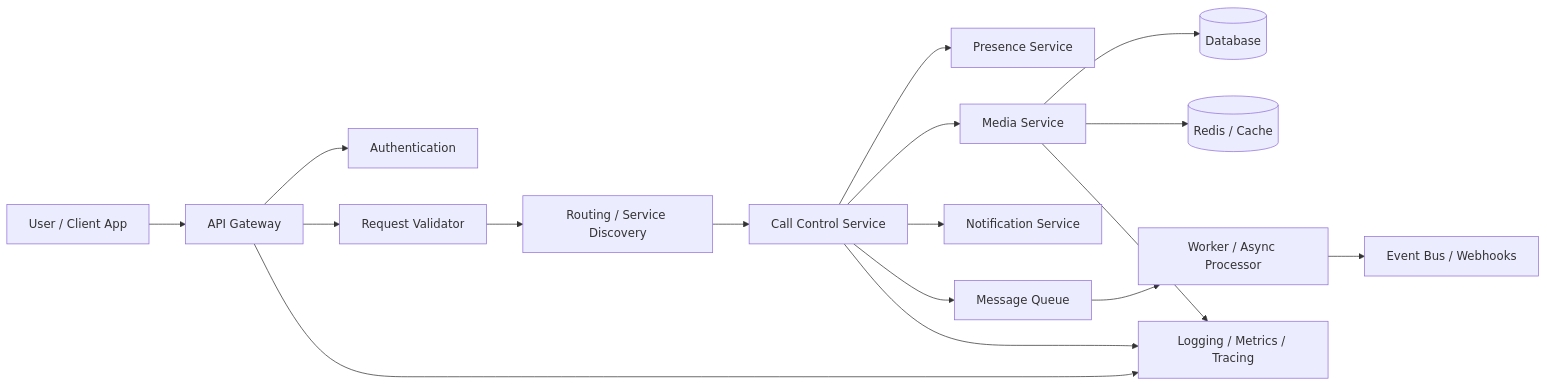
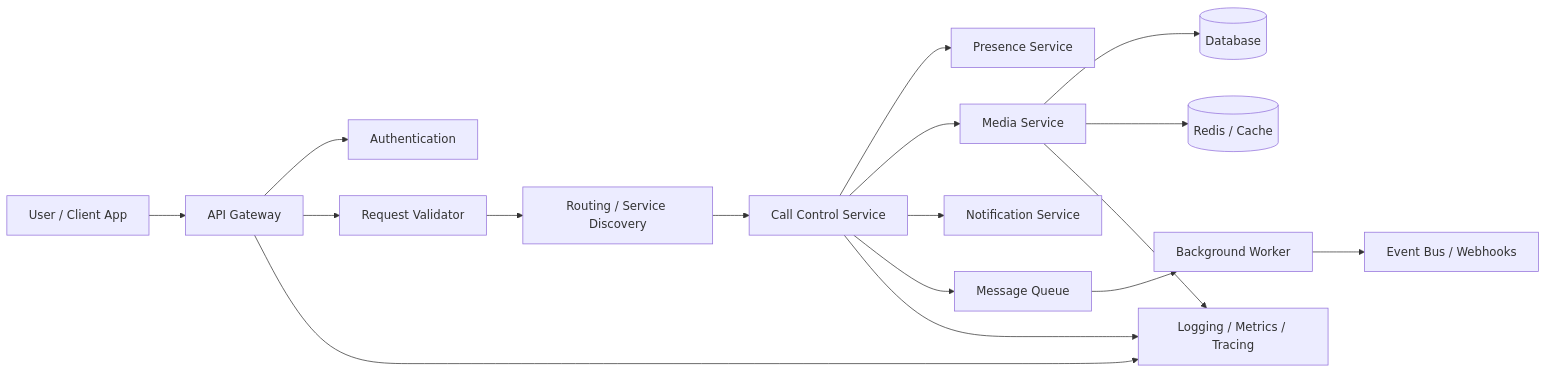
The first of 2 diagrams in architecture.md (aadiops/virtual-calling-architecture-demo), drawn with Mermaid before and after one commit. The commit also changed other lines of this file and 5 other files, not shown here.

Commit message:
Add a fuller virtual-calling architecture project with docs, deployment view, and runnable demo code.

````diff
--- a/architecture.md
+++ b/architecture.md
@@ -11,21 +19,21 @@
 ```mermaid
 flowchart LR
     U[User / Client App] --> G[API Gateway]
     G --> A[Authentication]
     G --> V[Request Validator]
     V --> R[Routing / Service Discovery]
     R --> C[Call Control Service]
     C --> P[Presence Service]
     C --> M[Media Service]
     C --> N[Notification Service]
 
     M --> DB[(Database)]
     M --> CACHE[(Redis / Cache)]
     C --> MQ[Message Queue]
-    MQ --> W[Worker / Async Processor]
+    MQ --> W[Background Worker]
     W --> EVT[Event Bus / Webhooks]
 
     G --> OBS[Logging / Metrics / Tracing]
     C --> OBS
     M --> OBS
 ```
````
